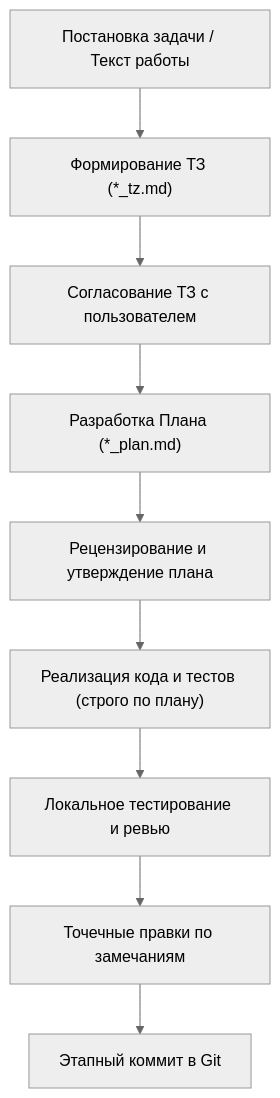
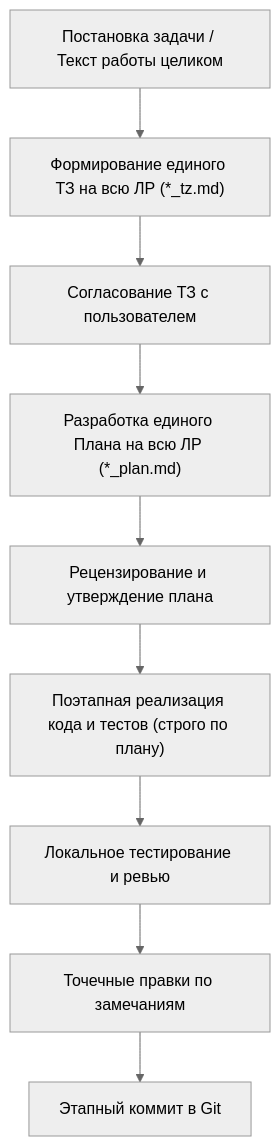
One commit to James7underland/agent-instructions changed the diagram in agentic_workflow.md. Above: the diagram before and after it, drawn with Mermaid (neutral theme). The commit also changed other lines of this file, not shown here.

Commit message:
docs(agentic_workflow): установить требование единого ТЗ и Плана на всю ЛР

````diff
--- a/agentic_workflow.md
+++ b/agentic_workflow.md
@@ -24,11 +24,11 @@
 ```mermaid
 graph TD
-    A["Постановка задачи / Текст работы"] --> B["Формирование ТЗ (*_tz.md)"]
+    A["Постановка задачи / Текст работы целиком"] --> B["Формирование единого ТЗ на всю ЛР (*_tz.md)"]
     B --> C["Согласование ТЗ с пользователем"]
-    C --> D["Разработка Плана (*_plan.md)"]
+    C --> D["Разработка единого Плана на всю ЛР (*_plan.md)"]
     D --> E["Рецензирование и утверждение плана"]
-    E --> F["Реализация кода и тестов (строго по плану)"]
+    E --> F["Поэтапная реализация кода и тестов (строго по плану)"]
     F --> G["Локальное тестирование и ревью"]
     G --> H["Точечные правки по замечаниям"]
     H --> I["Этапный коммит в Git"]
 ```
````
